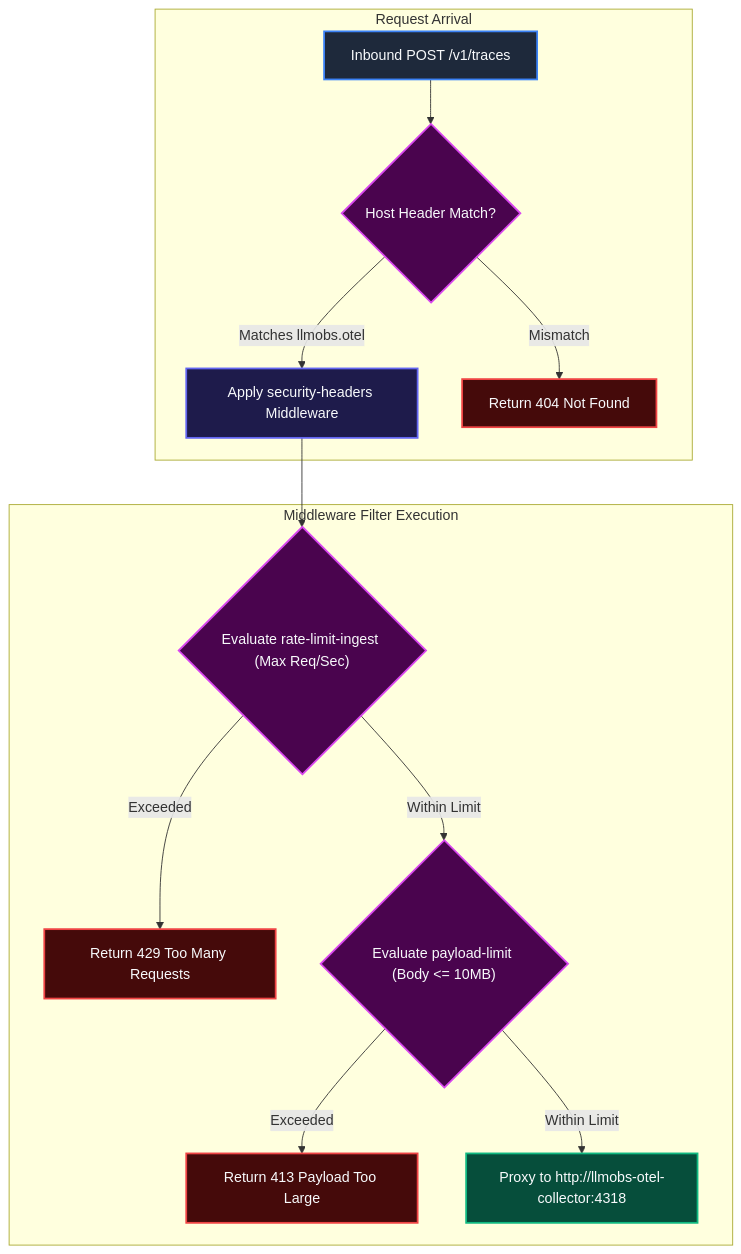
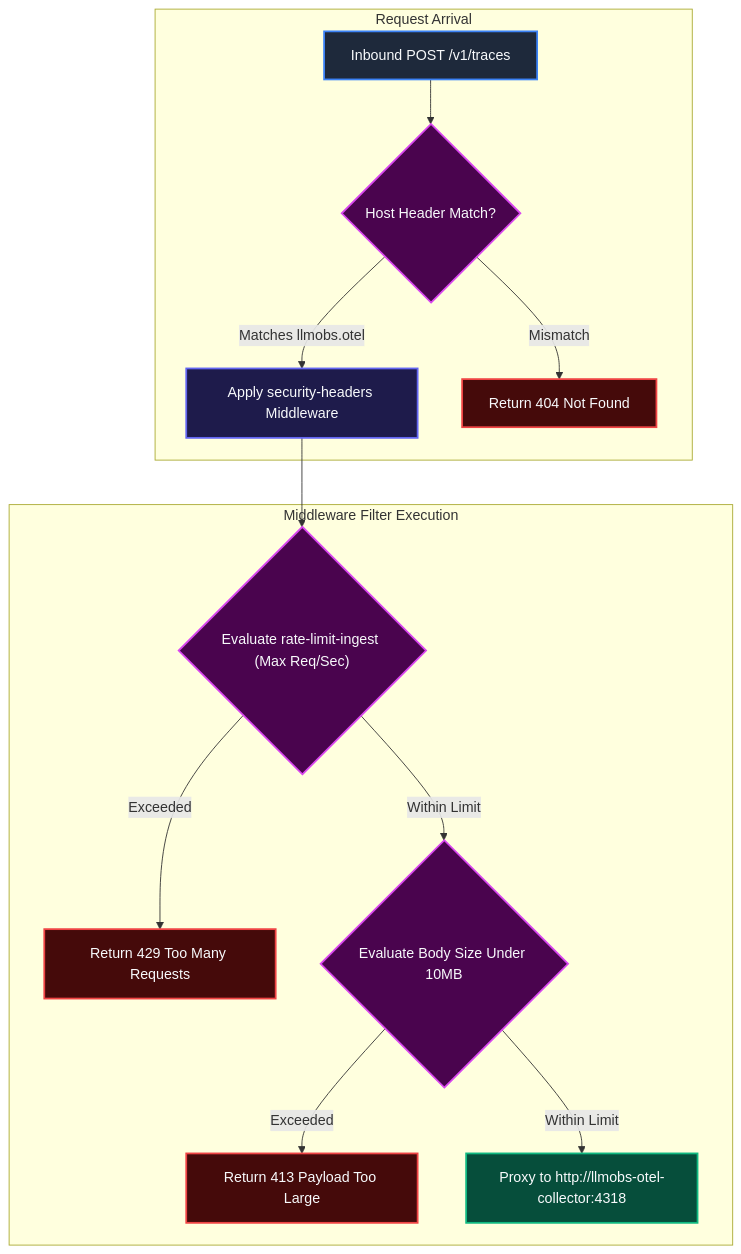
One commit to Chief-Strategist-J/llm-obs-infra changed diagram 16 of 22 in docs/configDoc/otel-collector-configuration-guide.md. Above: the diagram before and after it, drawn with Mermaid. The commit also changed other lines of this file and 4 other files, not shown here.

First line of the commit message:
fix(docs): resolve Mermaid parse errors in edge labels across OTel guide and ADR-0009

````diff
--- a/docs/configDoc/otel-collector-configuration-guide.md
+++ b/docs/configDoc/otel-collector-configuration-guide.md
@@ -1450,26 +1450,26 @@
 ```mermaid
 graph TD
     subgraph RequestIngress ["Request Arrival"]
         InboundHTTPS["Inbound POST /v1/traces"] --> HostRouter{"Host Header Match?"}
         HostRouter -->|Matches llmobs.otel| SecHeaders["Apply security-headers Middleware"]
         HostRouter -->|Mismatch| Reject404["Return 404 Not Found"]
     end
 
     subgraph MiddlewareChain ["Middleware Filter Execution"]
         SecHeaders --> RateLimit{"Evaluate rate-limit-ingest (Max Req/Sec)"}
         RateLimit -->|Exceeded| Reject429["Return 429 Too Many Requests"]
-        RateLimit -->|Within Limit| PayloadCheck{"Evaluate payload-limit (Body <= 10MB)"}
+        RateLimit -->|Within Limit| PayloadCheck{"Evaluate Body Size Under 10MB"}
         PayloadCheck -->|Exceeded| Reject413["Return 413 Payload Too Large"]
         PayloadCheck -->|Within Limit| ForwardBackend["Proxy to http://llmobs-otel-collector:4318"]
     end
 
     style InboundHTTPS fill:#1e293b,stroke:#3b82f6,stroke-width:2px,color:#f8fafc
     style HostRouter fill:#4a044e,stroke:#d946ef,stroke-width:2px,color:#f8fafc
     style SecHeaders fill:#1e1b4b,stroke:#6366f1,stroke-width:2px,color:#f8fafc
     style Reject404 fill:#450a0a,stroke:#ef4444,stroke-width:2px,color:#f8fafc
     style RateLimit fill:#4a044e,stroke:#d946ef,stroke-width:2px,color:#f8fafc
     style Reject429 fill:#450a0a,stroke:#ef4444,stroke-width:2px,color:#f8fafc
     style PayloadCheck fill:#4a044e,stroke:#d946ef,stroke-width:2px,color:#f8fafc
     style Reject413 fill:#450a0a,stroke:#ef4444,stroke-width:2px,color:#f8fafc
     style ForwardBackend fill:#064e3b,stroke:#10b981,stroke-width:2px,color:#f8fafc
 ```
````
